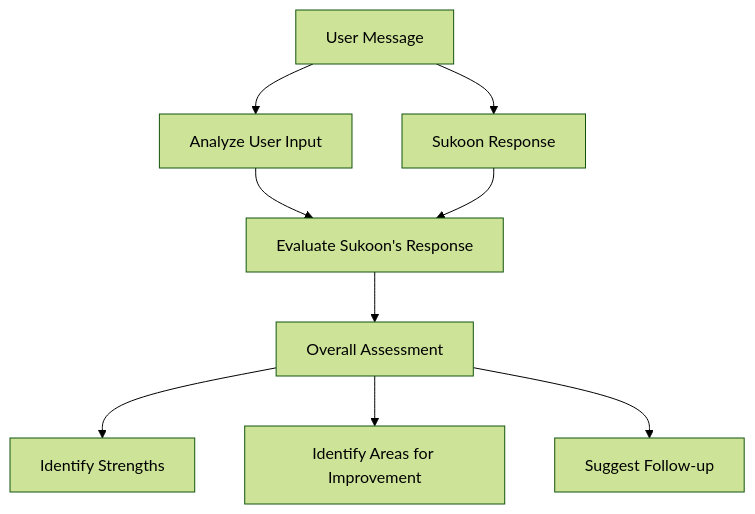
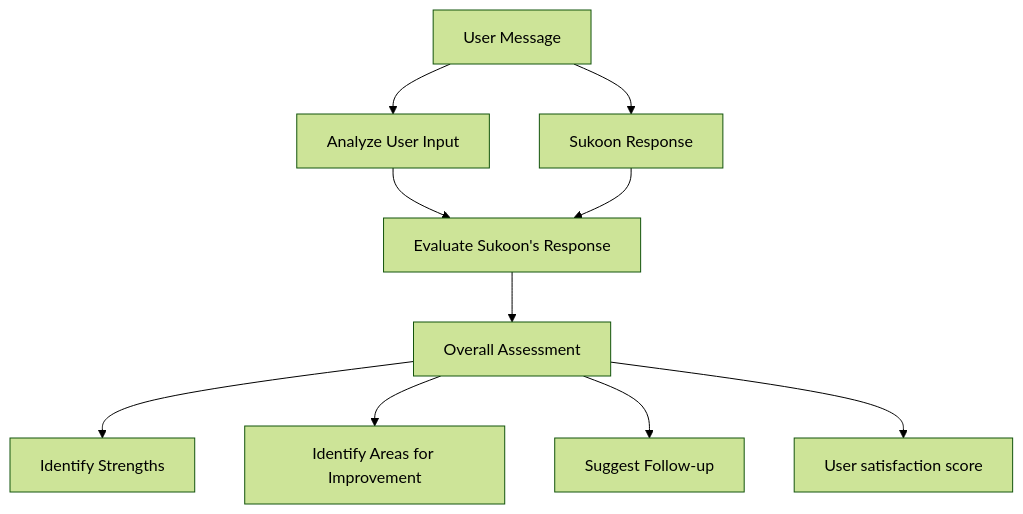
Before and after one commit to PeoplePlusAI/Sukoon: the diagram in evals/evals.md, drawn with Mermaid (forest theme). The commit also changed other lines of this file and 1 other file, not shown here.

````diff
--- a/evals/evals.md
+++ b/evals/evals.md
@@ -32,11 +33,12 @@
 ```mermaid
 graph TD
     A[User Message] --> B[Analyze User Input]
     A --> C[Sukoon Response]
     B --> D[Evaluate Sukoon's Response]
     C --> D
     D --> E[Overall Assessment]
     E --> F[Identify Strengths]
     E --> G[Identify Areas for Improvement]
     E --> H[Suggest Follow-up]
+    E --> I[User satisfaction score]
 ```
````
